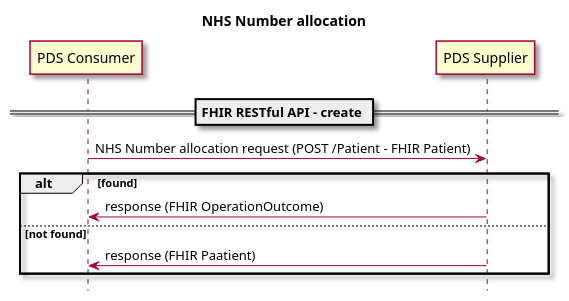
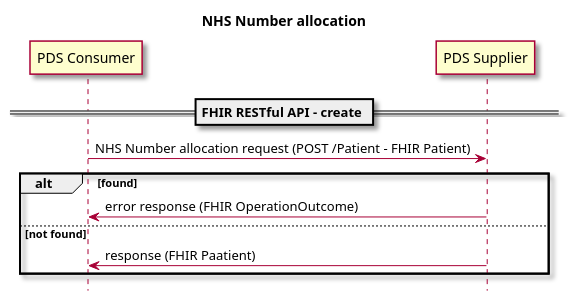
One commit to NHSDigital/interoperability-standards-documentation changed the diagram in input/images-source/personal-demographic-service-sequence-nhs-number-allocation.plantuml. Above: the diagram before and after it, drawn with PlantUML.

Commit message:
Initial NHS Number Allocation documentation

```diff
--- a/input/images-source/personal-demographic-service-sequence-nhs-number-allocation.plantuml
+++ b/input/images-source/personal-demographic-service-sequence-nhs-number-allocation.plantuml
@@ -1,23 +1,23 @@
 @startuml
 
 hide footbox
 
 skin rose
 
 title "NHS Number allocation"
 
 
 participant "PDS Consumer" as PDSConsumer
 participant "PDS Supplier" as PDSSupplier
 
 
 == FHIR RESTful API - create ==
 
 PDSConsumer -> PDSSupplier : NHS Number allocation request (POST /Patient - FHIR Patient)
 alt found
-PDSSupplier -> PDSConsumer : response (FHIR OperationOutcome)
+PDSSupplier -> PDSConsumer : error response (FHIR OperationOutcome)
 else not found
 PDSSupplier -> PDSConsumer : response (FHIR Paatient)
 end
 
 @enduml
```
